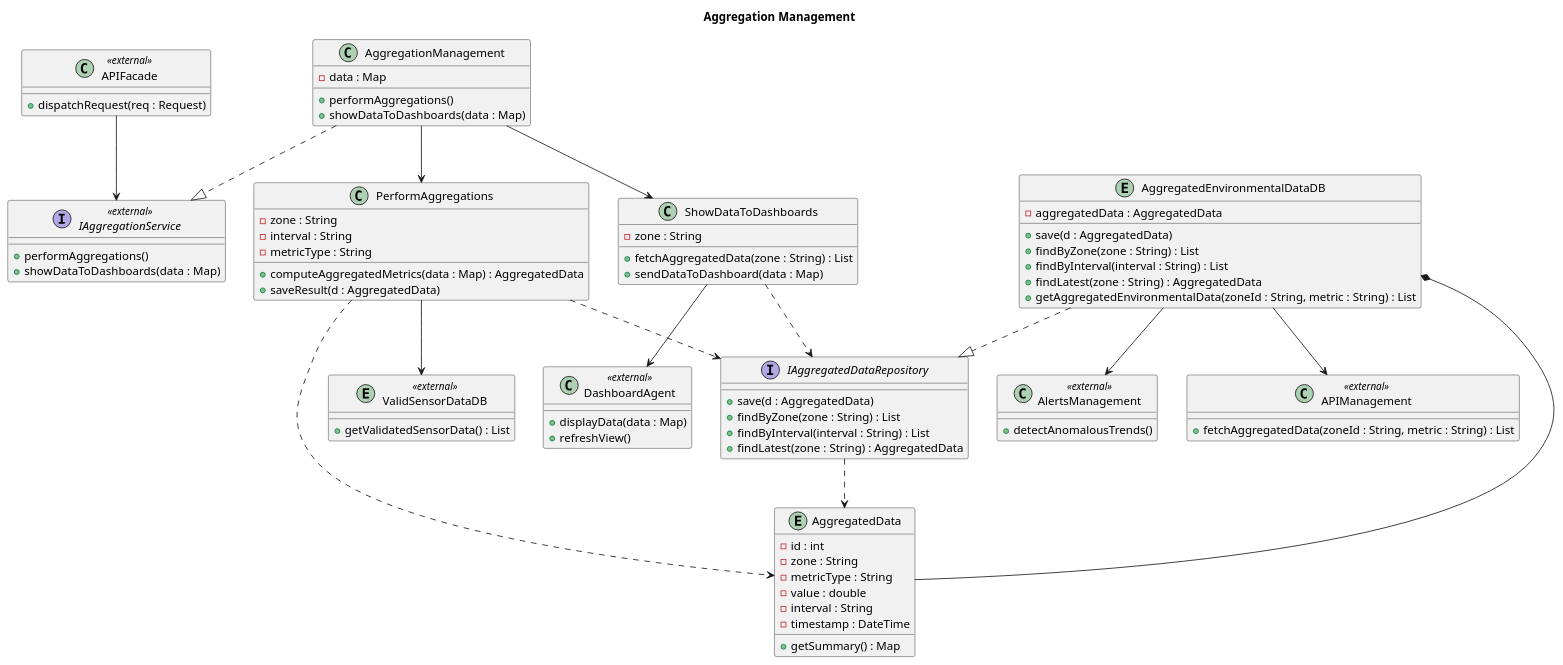
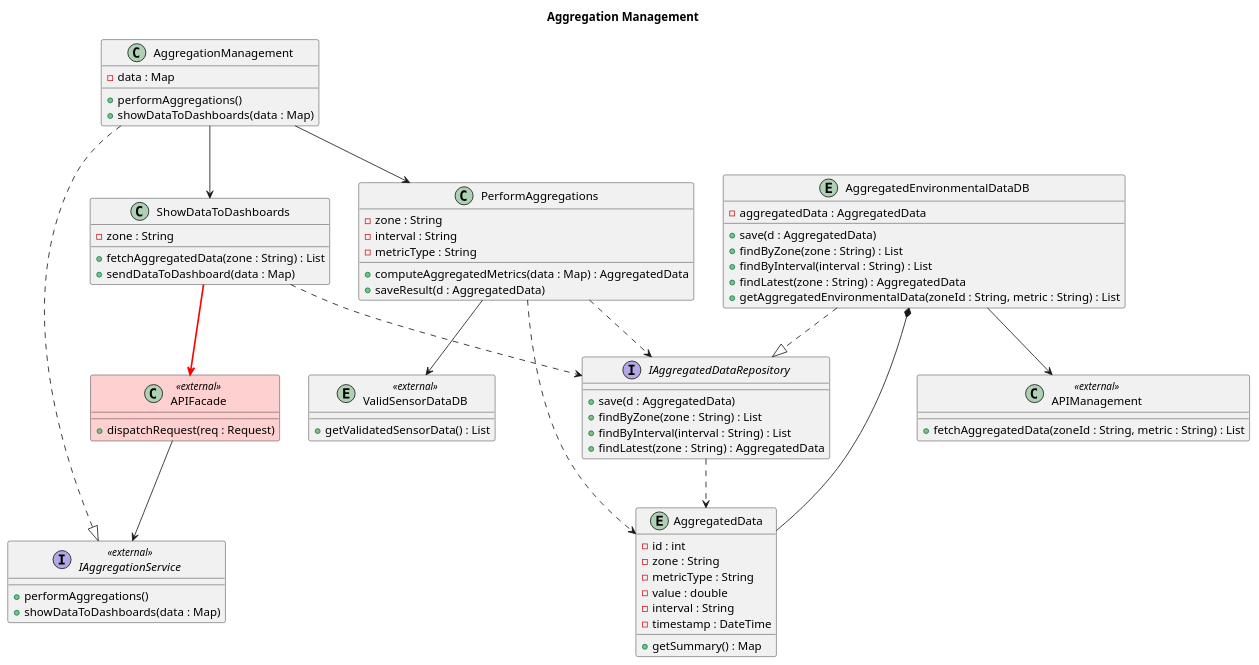
Before and after one commit to harmanpreet-sagar/SFWRENG-3A04-Group6-T01: the diagram in docs/diagrams/plantuml/class/AggregationManagement.puml, drawn with PlantUML. The commit also changed 10 other files, not shown here.

Commit message:
update uml diagrams, compiled uml diagrams, and d3 report

```diff
--- a/docs/diagrams/plantuml/class/AggregationManagement.puml
+++ b/docs/diagrams/plantuml/class/AggregationManagement.puml
@@ -1,96 +1,91 @@
 @startuml AggregationManagement_ClassDiagram
 title Aggregation Management
 
 ' ─── External stubs ──────────────────────────────────────────
-class APIFacade <<external>> {
+class APIFacade <<external>> #FFD0D0 {
   +dispatchRequest(req : Request)
 }
 
 interface IAggregationService <<external>> {
   +performAggregations()
   +showDataToDashboards(data : Map)
 }
 
-class DashboardAgent <<external>> {
-  +displayData(data : Map)
-  +refreshView()
-}
-
 entity ValidSensorDataDB <<external>> {
   +getValidatedSensorData() : List
-}
-
-class AlertsManagement <<external>> {
-  +detectAnomalousTrends()
 }
 
 class APIManagement <<external>> {
   +fetchAggregatedData(zoneId : String, metric : String) : List
 }
 
 ' ─── Own classes ─────────────────────────────────────────────
 class AggregationManagement {
   -data : Map
   +performAggregations()
   +showDataToDashboards(data : Map)
 }
 
 class PerformAggregations {
   -zone : String
   -interval : String
   -metricType : String
   +computeAggregatedMetrics(data : Map) : AggregatedData
   +saveResult(d : AggregatedData)
 }
 
 class ShowDataToDashboards {
   -zone : String
   +fetchAggregatedData(zone : String) : List
   +sendDataToDashboard(data : Map)
 }
 
 interface IAggregatedDataRepository {
   +save(d : AggregatedData)
   +findByZone(zone : String) : List
   +findByInterval(interval : String) : List
   +findLatest(zone : String) : AggregatedData
 }
 
 entity AggregatedEnvironmentalDataDB {
   -aggregatedData : AggregatedData
   +save(d : AggregatedData)
   +findByZone(zone : String) : List
   +findByInterval(interval : String) : List
   +findLatest(zone : String) : AggregatedData
   +getAggregatedEnvironmentalData(zoneId : String, metric : String) : List
 }
 
 entity AggregatedData {
   -id : int
   -zone : String
   -metricType : String
   -value : double
   -interval : String
   -timestamp : DateTime
   +getSummary() : Map
 }
 
 ' ─── Cross-subsystem connections ─────────────────────────────
 APIFacade             --> IAggregationService
 AggregationManagement ..|> IAggregationService
 PerformAggregations   --> ValidSensorDataDB
-ShowDataToDashboards  --> DashboardAgent
-AggregatedEnvironmentalDataDB --> AlertsManagement
+
+' MODIFIED — previously pointed directly to DashboardAgent (a
+' Presentation component). Now routes through APIFacade (the PAC
+' Control) so no backend subsystem directly references a P class.
+ShowDataToDashboards  -[#red,bold]-> APIFacade
+
 AggregatedEnvironmentalDataDB --> APIManagement
 
 ' ─── Internal relationships ──────────────────────────────────
 AggregationManagement         --> PerformAggregations
 AggregationManagement         --> ShowDataToDashboards
 PerformAggregations           ..> IAggregatedDataRepository
 ShowDataToDashboards          ..> IAggregatedDataRepository
 AggregatedEnvironmentalDataDB ..|> IAggregatedDataRepository
 AggregatedEnvironmentalDataDB *-- AggregatedData
 PerformAggregations           ..> AggregatedData
 IAggregatedDataRepository     ..> AggregatedData
 
 @enduml
```
